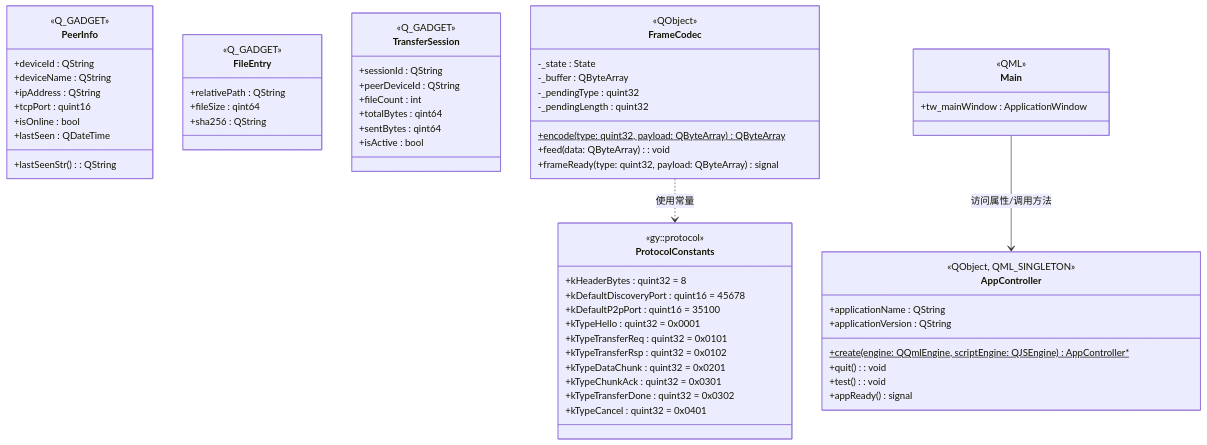
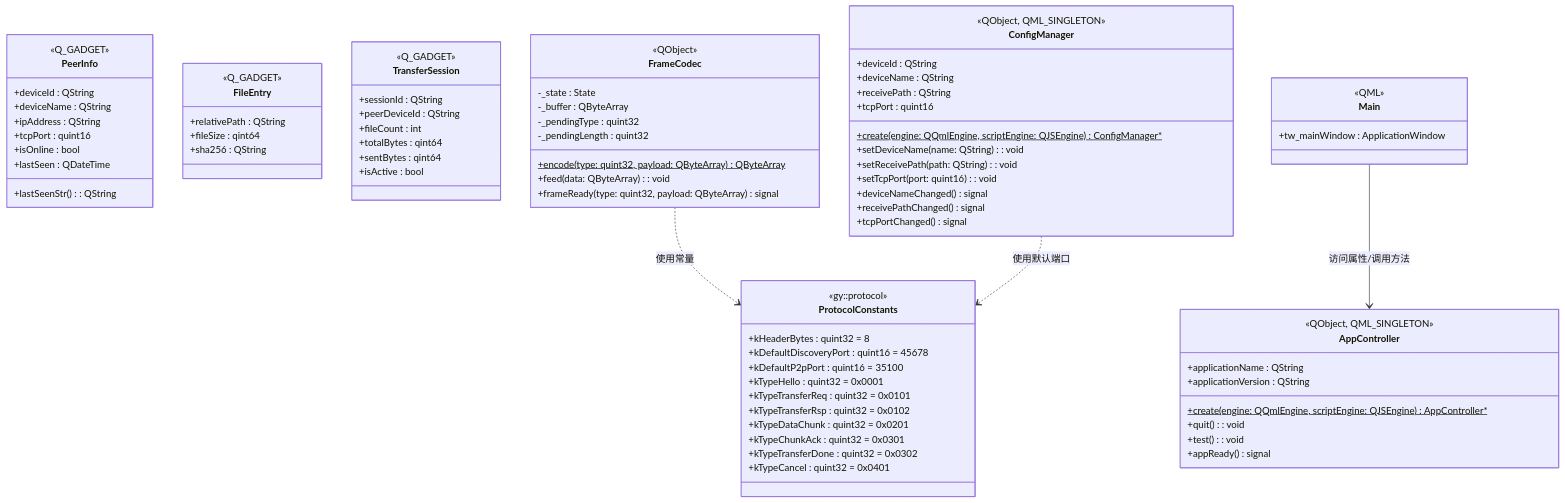
The diagram in doc/diagrams/class-diagram.md (Gsheep0729/GridYard), drawn with Mermaid before and after one commit. The commit also changed other lines of this file and 3 other files, not shown here.

````diff
--- a/doc/diagrams/class-diagram.md
+++ b/doc/diagrams/class-diagram.md
@@ -57,6 +57,21 @@
     }
 
     %% 客户端层（client/）
+    class ConfigManager {
+        <<QObject, QML_SINGLETON>>
+        +deviceId : QString
+        +deviceName : QString
+        +receivePath : QString
+        +tcpPort : quint16
+        +create(engine: QQmlEngine, scriptEngine: QJSEngine)$ ConfigManager*
+        +setDeviceName(name: QString) : void
+        +setReceivePath(path: QString) : void
+        +setTcpPort(port: quint16) : void
+        +deviceNameChanged() signal
+        +receivePathChanged() signal
+        +tcpPortChanged() signal
+    }
+
     class AppController {
         <<QObject, QML_SINGLETON>>
         +applicationName : QString
@@ -74,5 +89,6 @@
 
     %% 关系
     FrameCodec ..> ProtocolConstants : 使用常量
+    ConfigManager ..> ProtocolConstants : 使用默认端口
     Main --> AppController : 访问属性/调用方法
 ```
````
